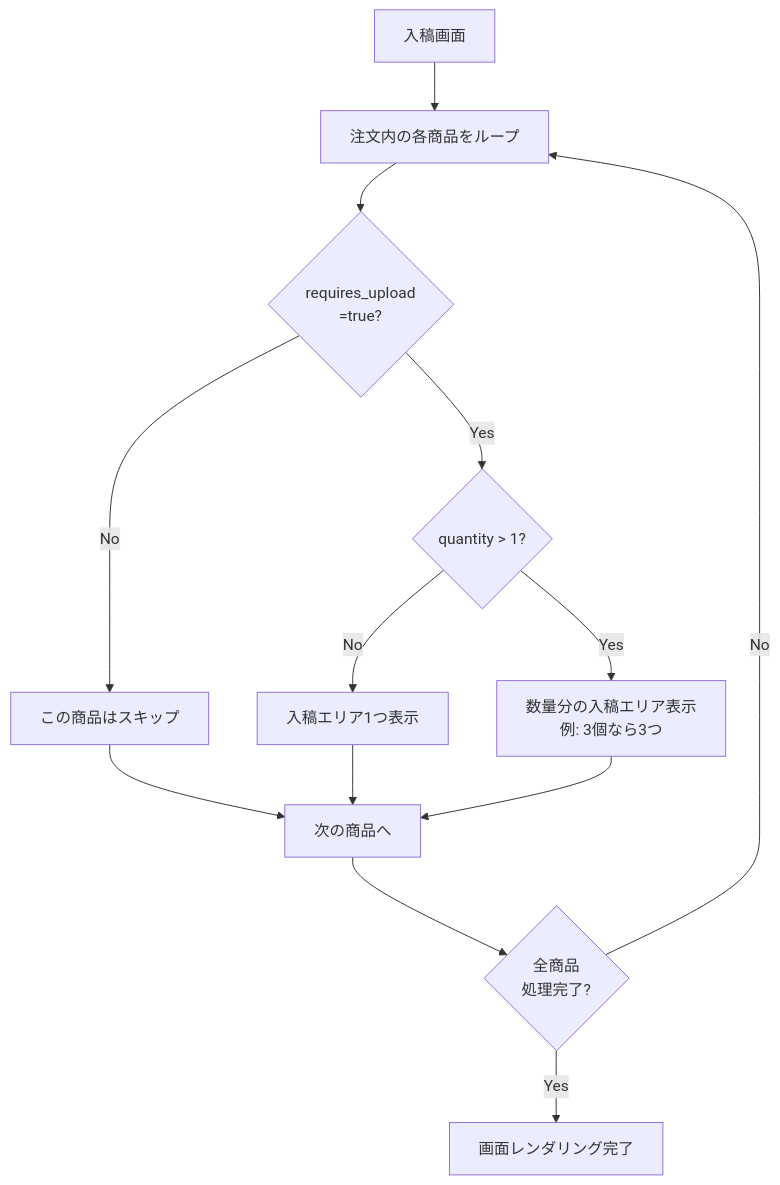
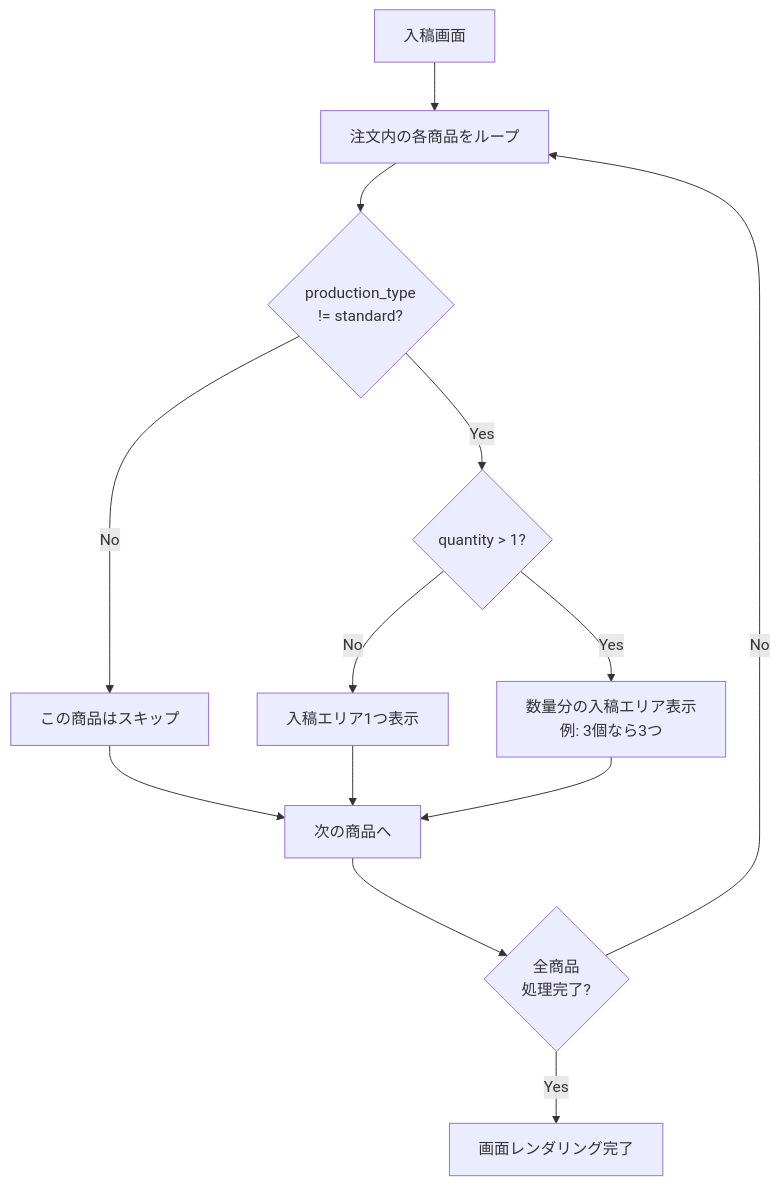
Before and after one commit to ShotaGhoona/acrique-v1: the second of 9 diagrams in docs/requirements/21-data-upload-flow.md, drawn with Mermaid. The commit also changed other lines of this file and 8 other files, not shown here.

````diff
--- a/docs/requirements/21-data-upload-flow.md
+++ b/docs/requirements/21-data-upload-flow.md
@@ -31,19 +31,19 @@
 ```mermaid
 flowchart TD
     START[入稿画面] --> LOOP[注文内の各商品をループ]
 
-    LOOP --> CHECK{requires_upload<br>=true?}
+    LOOP --> CHECK{production_type<br>!= standard?}
     CHECK -->|No| SKIP[この商品はスキップ]
     CHECK -->|Yes| QTY{quantity > 1?}
 
     QTY -->|No| SINGLE[入稿エリア1つ表示]
     QTY -->|Yes| MULTI[数量分の入稿エリア表示<br>例: 3個なら3つ]
 
     SKIP --> NEXT[次の商品へ]
     SINGLE --> NEXT
     MULTI --> NEXT
 
     NEXT --> DONE{全商品<br>処理完了?}
     DONE -->|No| LOOP
     DONE -->|Yes| RENDER[画面レンダリング完了]
 ```
````
